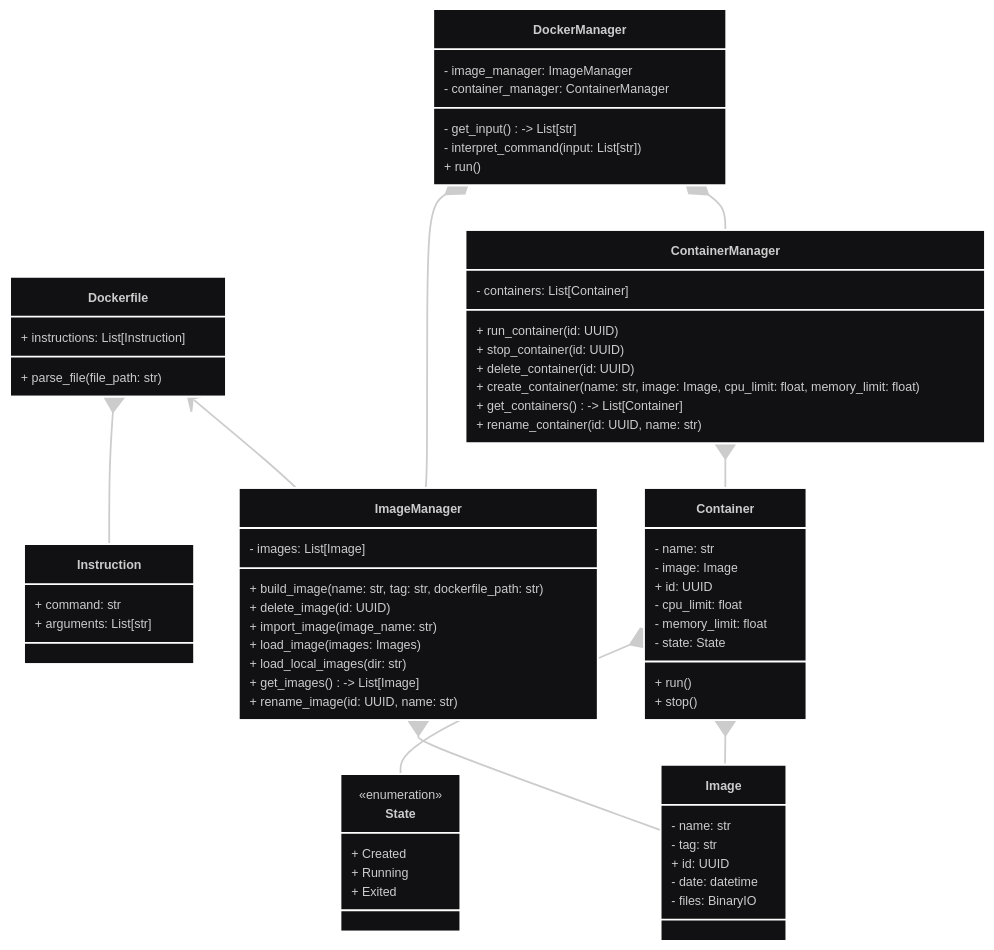
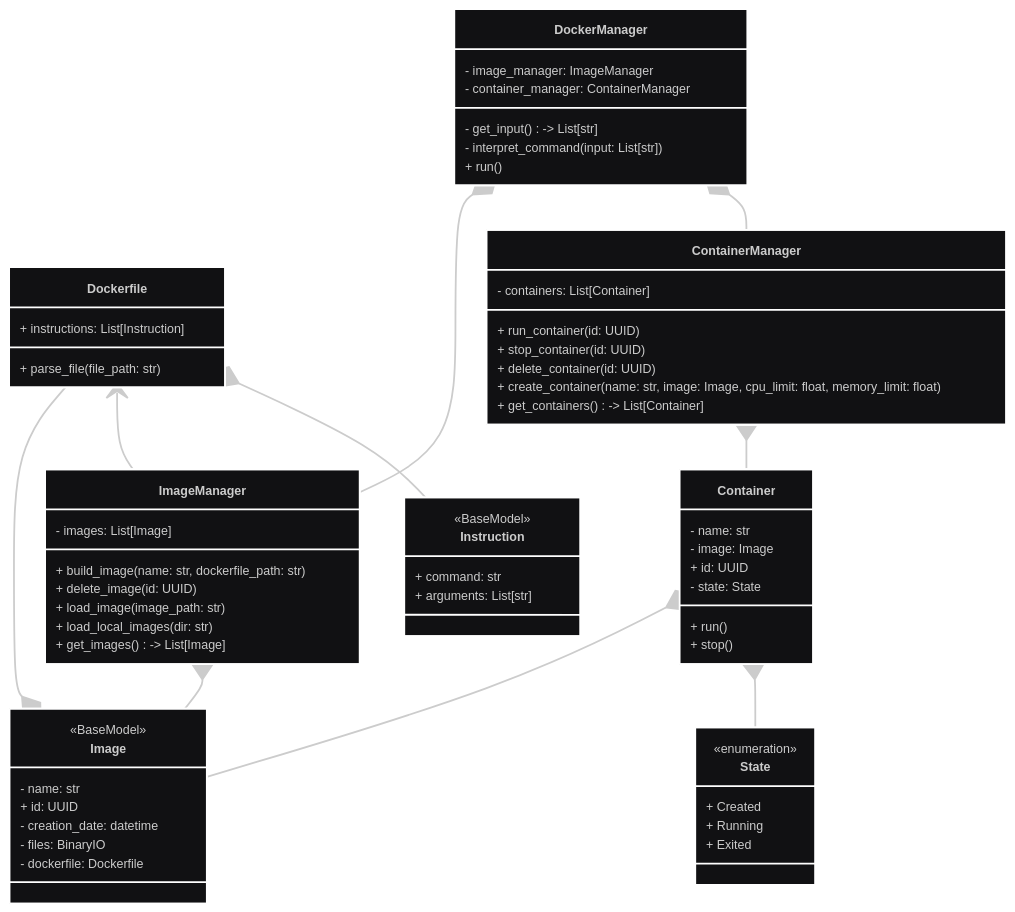
The diagram in UML.mmd (alonshuld/docker_poc), drawn with Mermaid before and after one commit.

Commit message:
fixed problems in the UML after DR

```diff
--- a/UML.mmd
+++ b/UML.mmd
@@ -1,73 +1,70 @@
 ---
 config:
   theme: redux-dark
 ---
 classDiagram
 direction TB
-class Instruction {
-    + command: str
-    + arguments: List[str]
-}
-class Dockerfile {
-    + instructions: List[Instruction]
-    + parse_file(file_path: str)
-}
-class Image {
-    - name: str
-    - tag: str
-    + id: UUID
-    - date: datetime
-    - files: BinaryIO
-}
-class ImageManager {
-    - images: List[Image]
-    + build_image(name: str, tag: str, dockerfile_path: str)
-    + delete_image(id: UUID)
-    + import_image(image_name: str)
-    + load_image(images: Images)
-    + load_local_images(dir: str)
-    + get_images() -> List[Image]
-    + rename_image(id: UUID, name: str)
-}
-class Container {
-    - name: str
-    - image: Image
-    + id: UUID
-    - cpu_limit: float
-    - memory_limit: float
-    - state: State
-    + run()
-    + stop()
-}
-class State {
-    + Created
-    + Running
-    + Exited
-}
-class ContainerManager {
-    - containers: List[Container]
-    + run_container(id: UUID)
-    + stop_container(id: UUID)
-    + delete_container(id: UUID)
-    + create_container(name: str, image: Image, cpu_limit: float, memory_limit: float)
-    + get_containers() -> List[Container]
-    + rename_container(id: UUID, name: str)
-}
-class DockerManager {
-    - image_manager: ImageManager
-    - container_manager: ContainerManager
-    - get_input() -> List[str]
-    - interpret_command(input: List[str])
-    + run()
-}
-
-<<enumeration>> State
-
-ImageManager *-- Image
-Dockerfile *-- Instruction
-Container *-- State
-Dockerfile <-- ImageManager
-Container *-- Image
-ContainerManager *-- Container
-DockerManager *-- ContainerManager
-DockerManager *-- ImageManager
+    class Instruction {
+		<<BaseModel>>
+	    + command: str
+	    + arguments: List[str]
+    }
+    class Dockerfile {
+	    + instructions: List[Instruction]
+	    + parse_file(file_path: str)
+    }
+    class Image {
+		<<BaseModel>>
+	    - name: str
+	    + id: UUID
+	    - creation_date: datetime
+	    - files: BinaryIO
+		- dockerfile: Dockerfile
+    }
+    class ImageManager {
+	    - images: List[Image]
+	    + build_image(name: str, dockerfile_path: str)
+	    + delete_image(id: UUID)
+	    + load_image(image_path: str)
+	    + load_local_images(dir: str)
+	    + get_images() -> List[Image]
+    }
+    class Container {
+	    - name: str
+	    - image: Image
+	    + id: UUID
+	    - state: State
+	    + run()
+	    + stop()
+    }
+    class State {
+		<<enumeration>>
+	    + Created
+	    + Running
+	    + Exited
+    }
+    class ContainerManager {
+	    - containers: List[Container]
+	    + run_container(id: UUID)
+	    + stop_container(id: UUID)
+	    + delete_container(id: UUID)
+	    + create_container(name: str, image: Image, cpu_limit: float, memory_limit: float)
+	    + get_containers() -> List[Container]
+    }
+    class DockerManager {
+	    - image_manager: ImageManager
+	    - container_manager: ContainerManager
+	    - get_input() -> List[str]
+	    - interpret_command(input: List[str])
+	    + run()
+    }
+  
+    ImageManager *-- Image
+    Dockerfile *-- Instruction
+    Container *-- State
+    Dockerfile <-- ImageManager
+	Image *-- Dockerfile
+    Container *-- Image
+    ContainerManager *-- Container
+    DockerManager *-- ContainerManager
+    DockerManager *-- ImageManager
```
